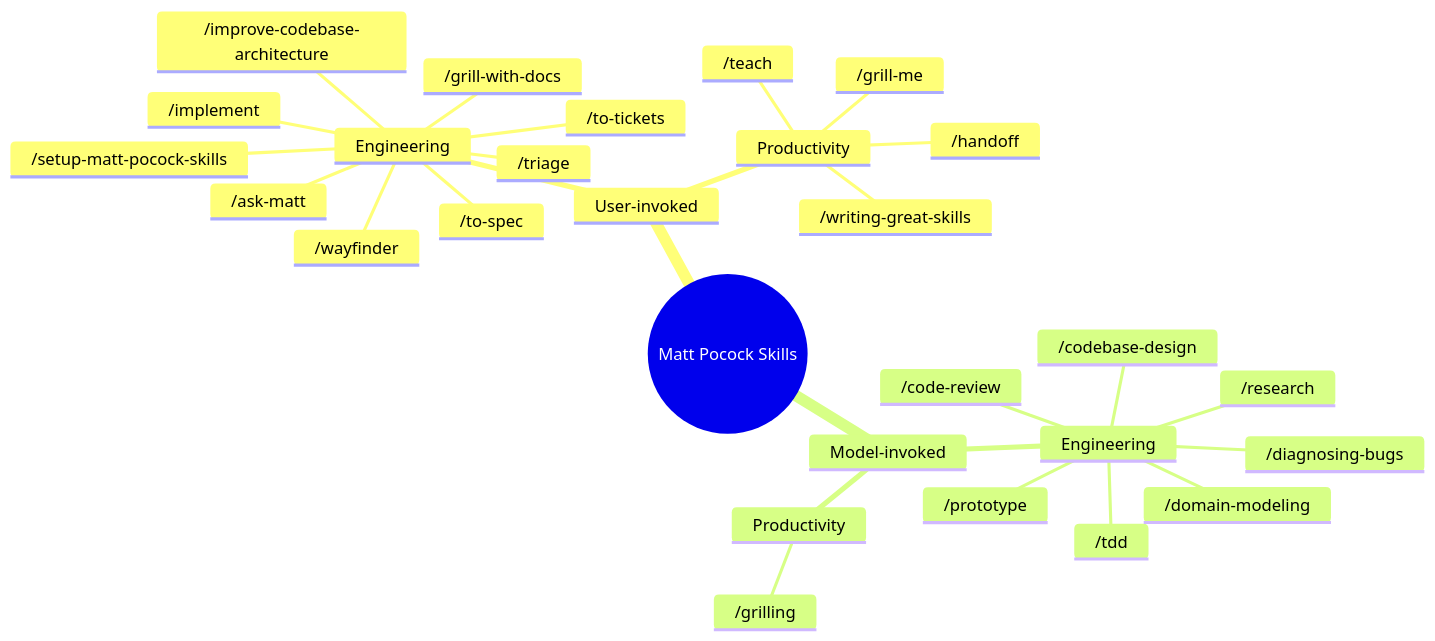
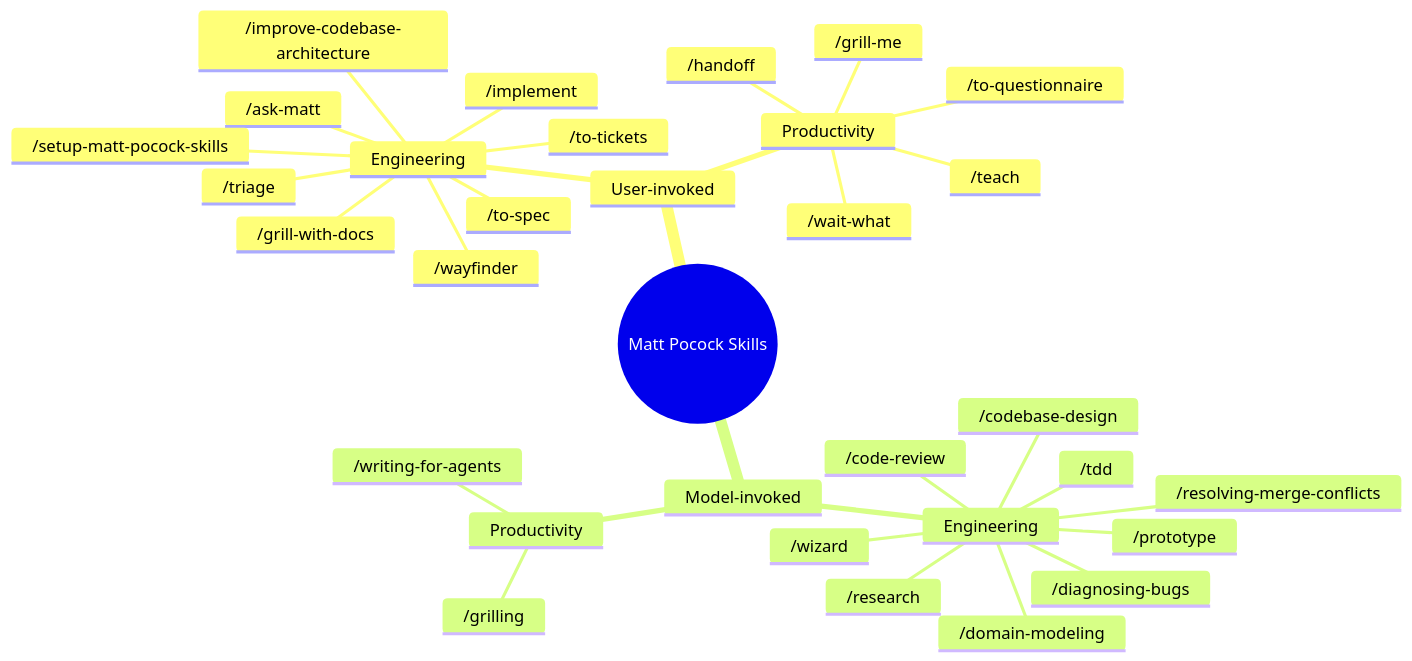
One commit to ALVIN-YANG/ylq-box changed the second of 4 diagrams in src/content/docs/ai-workflow/11-mattpocock-skills-deep-dive.md. Above: the diagram before and after it, drawn with Mermaid. The commit also changed other lines of this file, not shown here.

Commit message:
content: update Matt Pocock Skills guide to v1.2.3

````diff
--- a/src/content/docs/ai-workflow/11-mattpocock-skills-deep-dive.md
+++ b/src/content/docs/ai-workflow/11-mattpocock-skills-deep-dive.md
@@ -117,31 +147,35 @@
 ```mermaid
 mindmap
   root((Matt Pocock Skills))
     User-invoked
       Engineering
         /ask-matt
         /grill-with-docs
         /to-spec
         /to-tickets
         /implement
         /wayfinder
         /triage
         /improve-codebase-architecture
         /setup-matt-pocock-skills
       Productivity
         /grill-me
         /handoff
         /teach
-        /writing-great-skills
+        /to-questionnaire
+        /wait-what
     Model-invoked
       Engineering
         /prototype
         /tdd
         /diagnosing-bugs
         /code-review
         /research
         /domain-modeling
         /codebase-design
+        /resolving-merge-conflicts
+        /wizard
       Productivity
         /grilling
+        /writing-for-agents
 ```
````
